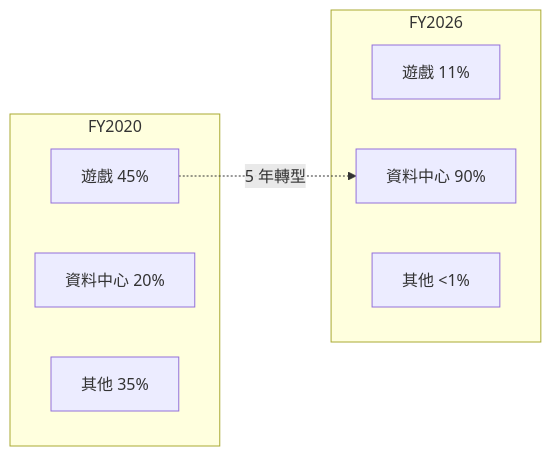
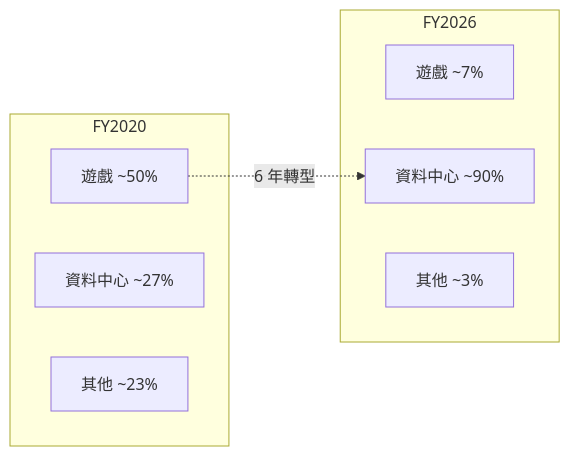
Before and after one commit to wizardhsiehcom/book: the second of 2 diagrams in docs/nvidia/financials.md, drawn with Mermaid. The commit also changed other lines of this file and 15 other files, not shown here.

````diff
--- a/docs/nvidia/financials.md
+++ b/docs/nvidia/financials.md
@@ -33,14 +34,14 @@
 ```mermaid
 flowchart LR
     subgraph "FY2020"
-        G1["遊戲 45%"]
-        D1["資料中心 20%"]
-        O1["其他 35%"]
+        G1["遊戲 ~50%"]
+        D1["資料中心 ~27%"]
+        O1["其他 ~23%"]
     end
     subgraph "FY2026"
-        G2["遊戲 11%"]
-        D2["資料中心 90%"]
-        O2["其他 <1%"]
+        G2["遊戲 ~7%"]
+        D2["資料中心 ~90%"]
+        O2["其他 ~3%"]
     end
-    G1 -.->|"5 年轉型"| D2
+    G1 -.->|"6 年轉型"| D2
 ```
````
